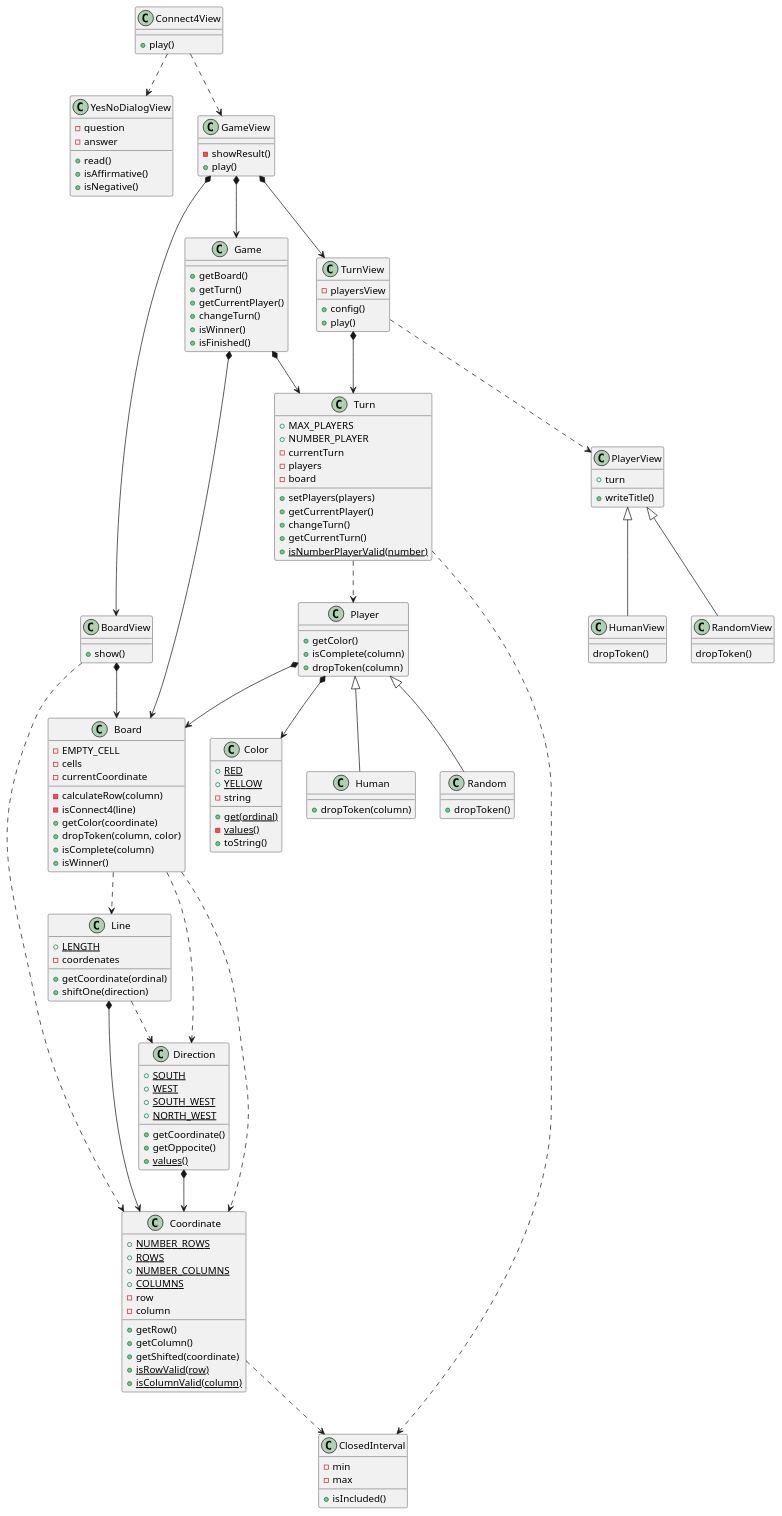
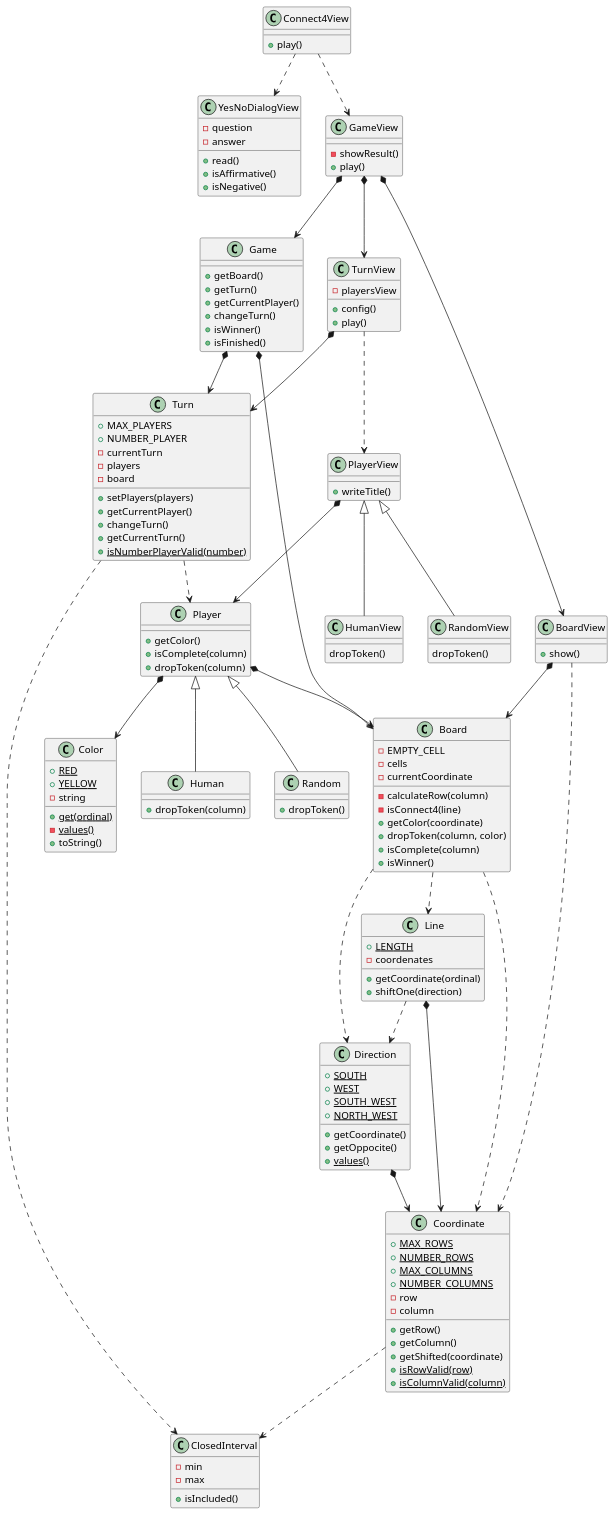
One commit to Edmundo-Ogaz/connect4 changed the diagram in con-clases/diagramClass.plantuml. Above: the diagram before and after it, drawn with PlantUML. The commit also changed 1 other file, not shown here.

```diff
--- a/con-clases/diagramClass.plantuml
+++ b/con-clases/diagramClass.plantuml
@@ -1,124 +1,124 @@
 @startuml
 Connect4View ..> YesNoDialogView
 Connect4View ..> GameView
 Connect4View : + play()
 
 YesNoDialogView : - question
 YesNoDialogView : - answer
 YesNoDialogView : + read()
 YesNoDialogView : + isAffirmative()
 YesNoDialogView : + isNegative()
 
 GameView : - showResult()
 GameView : + play()
 GameView *--> Game
 GameView *--> TurnView
 GameView *--> BoardView
 
 TurnView : - playersView
 TurnView *--> Turn
 TurnView ..> PlayerView
 TurnView : + config()
 TurnView : + play()
 
-PlayerView : + turn
+PlayerView *--> Player
 PlayerView : + writeTitle()
 PlayerView <|-- RandomView
 PlayerView <|-- HumanView
 
 RandomView : dropToken()
 
 HumanView : dropToken()
 
 BoardView : + show()
 BoardView *--> Board
 BoardView ..> Coordinate
 
 Game *--> Board
 Game *--> Turn
 Game : + getBoard()
 Game : + getTurn()
 Game : + getCurrentPlayer()
 Game : + changeTurn()
 Game : + isWinner()
 Game : + isFinished()
 
 Turn : + MAX_PLAYERS
 Turn : + NUMBER_PLAYER
 Turn : - currentTurn
 Turn : - players
 Turn : - board
 Turn : + setPlayers(players)
 Turn : + getCurrentPlayer()
 Turn : + changeTurn()
 Turn : + getCurrentTurn()
 Turn : + {static} isNumberPlayerValid(number)
 Turn ..> Player
 Turn ..>  ClosedInterval
 
 Player *--> Color
 Player *--> Board
 Player : + getColor()
 Player : + isComplete(column)
 Player : + dropToken(column)
 Player <|-- Human
 Player <|-- Random
 
 Human : + dropToken(column)
 
 Random : + dropToken()
 
 Color : + {static} RED
 Color : + {static} YELLOW
 Color : - string
 Color : + {static} get(ordinal)
 Color : - {static} values()
 Color : + toString()
 
 Board : - EMPTY_CELL
 Board : - cells
 Board : - currentCoordinate
 Board ..> Line
 Board ..> Direction
 Board ..> Coordinate
 Board : - calculateRow(column)
 Board : - isConnect4(line)
 Board : + getColor(coordinate)
 Board : + dropToken(column, color)
 Board : + isComplete(column)
 Board : + isWinner()
 
 Line : + {static} LENGTH
 Line *--> Coordinate
 Line ..> Direction
 Line : - coordenates
 Line : + getCoordinate(ordinal)
 Line : + shiftOne(direction)
 
 Direction : + {static} SOUTH
 Direction : + {static} WEST
 Direction : + {static} SOUTH_WEST
 Direction : + {static} NORTH_WEST
 Direction *--> Coordinate
 Direction : + getCoordinate() 
 Direction : + getOppocite()
 Direction : + {static} values()
 
+Coordinate : + {static} MAX_ROWS
 Coordinate : + {static} NUMBER_ROWS
-Coordinate : + {static} ROWS
+Coordinate : + {static} MAX_COLUMNS
 Coordinate : + {static} NUMBER_COLUMNS
-Coordinate : + {static} COLUMNS
 Coordinate : - row
 Coordinate : - column
 Coordinate : + getRow()
 Coordinate : + getColumn()
 Coordinate : + getShifted(coordinate)
 Coordinate : + {static} isRowValid(row)
 Coordinate : + {static} isColumnValid(column)
 Coordinate ..>  ClosedInterval
 
 ClosedInterval : - min
 ClosedInterval : - max
 ClosedInterval : + isIncluded()
 
 @enduml
```
